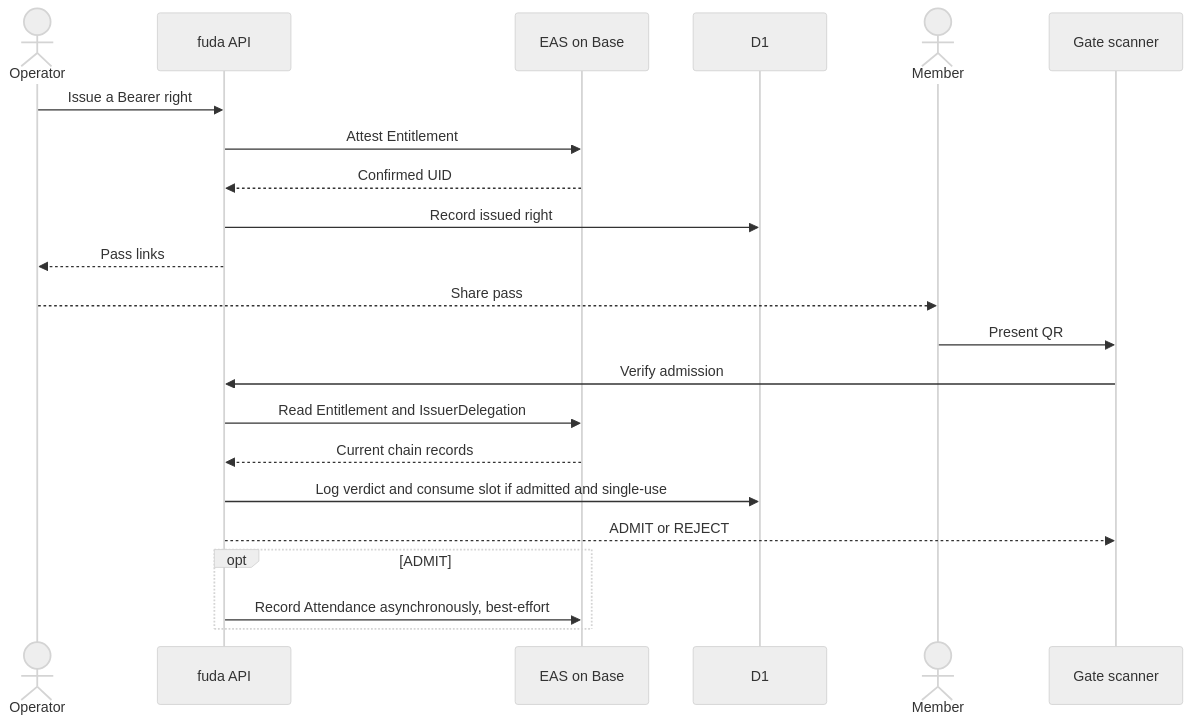
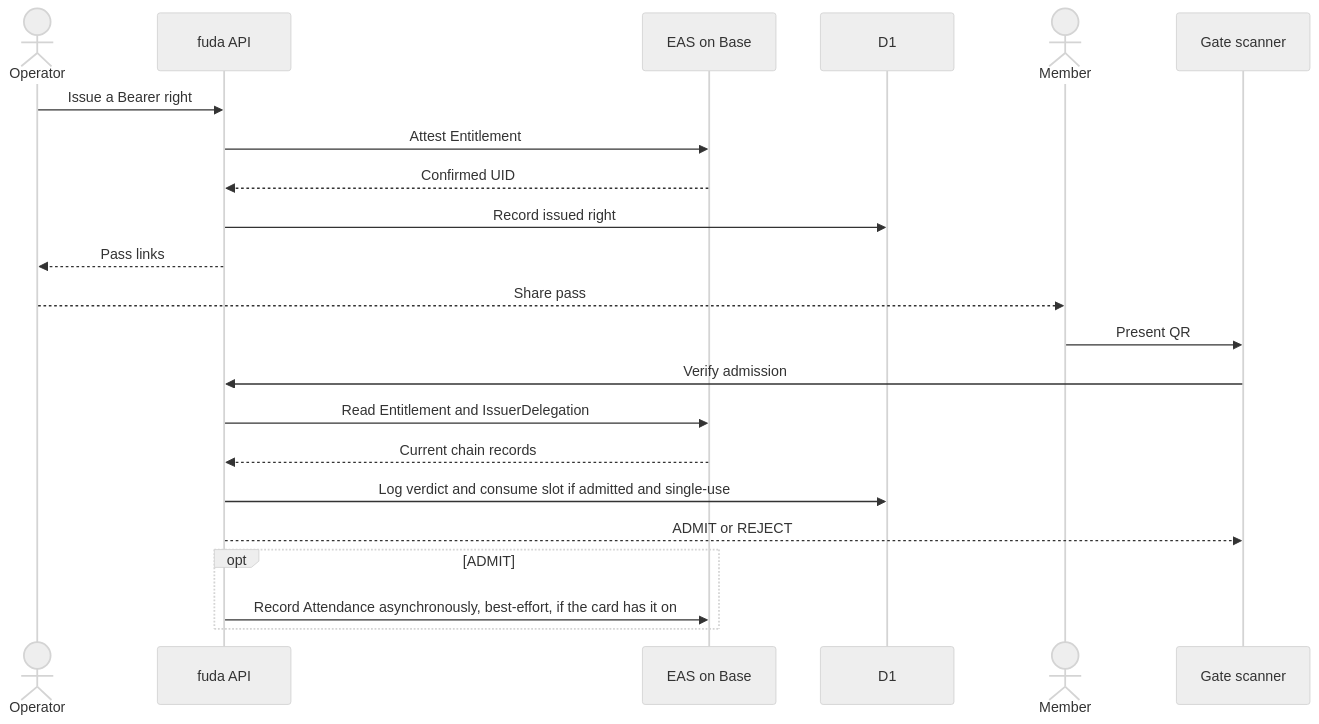
One commit to oboroxyz/fuda-sh changed the second of 2 diagrams in README.md. Above: the diagram before and after it, drawn with Mermaid (neutral theme). The commit also changed 2 other files, not shown here.

Commit message:
docs: Attendance is per card in the READMEs and architecture overview

````diff
--- a/README.md
+++ b/README.md
@@ -58,25 +58,25 @@
 ```mermaid
 sequenceDiagram
     actor Operator
     participant API as fuda API
     participant EAS as EAS on Base
     participant D1
     actor Member
     participant Gate as Gate scanner
 
     Operator->>API: Issue a Bearer right
     API->>EAS: Attest Entitlement
     EAS-->>API: Confirmed UID
     API->>D1: Record issued right
     API-->>Operator: Pass links
     Operator-->>Member: Share pass
     Member->>Gate: Present QR
     Gate->>API: Verify admission
     API->>EAS: Read Entitlement and IssuerDelegation
     EAS-->>API: Current chain records
     API->>D1: Log verdict and consume slot if admitted and single-use
     API-->>Gate: ADMIT or REJECT
     opt ADMIT
-        API->>EAS: Record Attendance asynchronously, best-effort
+        API->>EAS: Record Attendance asynchronously, best-effort, if the card has it on
     end
 ```
````
